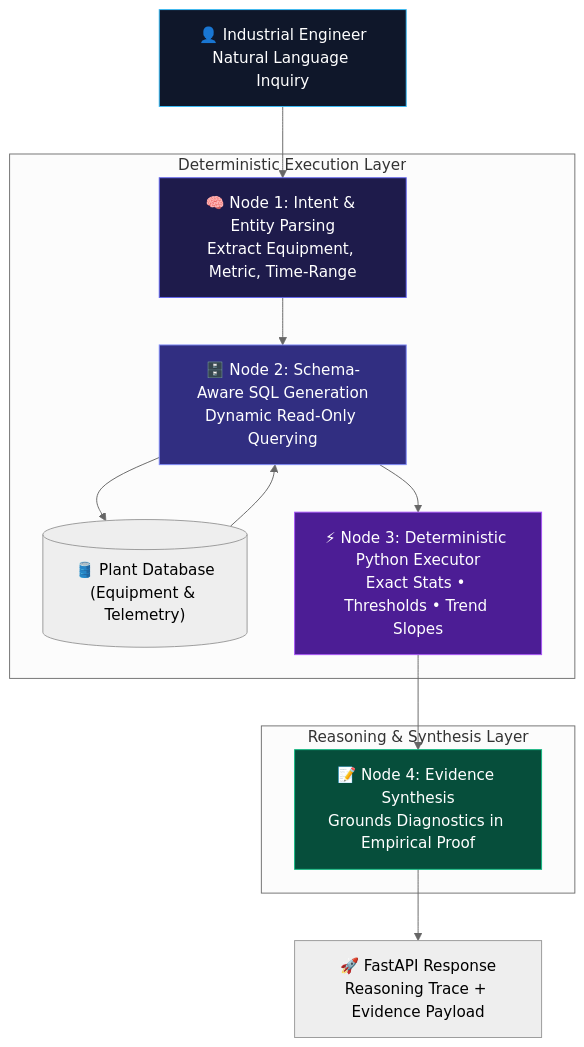
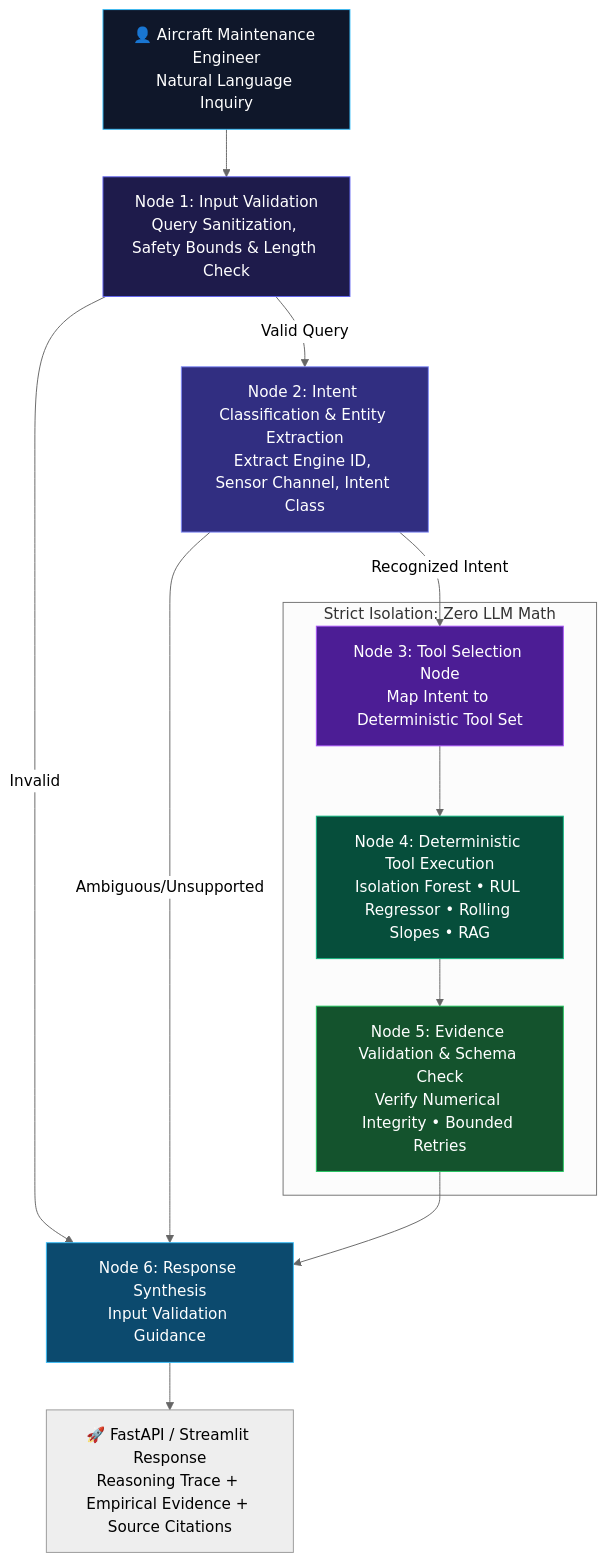
The diagram in README.md (B-LIPIKA/Industrial-AI-Agent-Platform), drawn with Mermaid (neutral theme) before and after one commit. The commit also changed other lines of this file and 39 other files, not shown here.

Commit message:
feat: upgrade to EngineMind AI with LangGraph, RUL prognostics, and RAG

````diff
--- a/README.md
+++ b/README.md
@@ -27,23 +33,26 @@
 ```mermaid
 flowchart TD
-    User["👤 Industrial Engineer<br/>Natural Language Inquiry"] --> Node1["🧠 Node 1: Intent & Entity Parsing<br/>Extract Equipment, Metric, Time-Range"]
+    User["👤 Aircraft Maintenance Engineer<br/>Natural Language Inquiry"] --> Node1["Node 1: Input Validation<br/>Query Sanitization, Safety Bounds & Length Check"]
     
-    subgraph Deterministic Execution Layer
-        Node1 --> Node2["🗄️ Node 2: Schema-Aware SQL Generation<br/>Dynamic Read-Only Querying"]
-        Node2 --> DB[("🛢️ Plant Database<br/>(Equipment & Telemetry)")]
-        DB --> Node2
-        Node2 --> Node3["⚡ Node 3: Deterministic Python Executor<br/>Exact Stats • Thresholds • Trend Slopes"]
+    Node1 -->|Valid Query| Node2["Node 2: Intent Classification & Entity Extraction<br/>Extract Engine ID, Sensor Channel, Intent Class"]
+    Node1 -->|Invalid| Node6["Node 6: Response Synthesis<br/>Input Validation Guidance"]
+
+    Node2 -->|Recognized Intent| Node3["Node 3: Tool Selection Node<br/>Map Intent to Deterministic Tool Set"]
+    Node2 -->|Ambiguous/Unsupported| Node6
+
+    subgraph Deterministic Execution Layer [Strict Isolation: Zero LLM Math]
+        Node3 --> Node4["Node 4: Deterministic Tool Execution<br/>Isolation Forest • RUL Regressor • Rolling Slopes • RAG"]
+        Node4 --> Node5["Node 5: Evidence Validation & Schema Check<br/>Verify Numerical Integrity • Bounded Retries"]
     end
 
-    subgraph Reasoning & Synthesis Layer
-        Node3 --> Node4["📝 Node 4: Evidence Synthesis<br/>Grounds Diagnostics in Empirical Proof"]
-    end
-
-    Node4 --> API["🚀 FastAPI Response<br/>Reasoning Trace + Evidence Payload"]
+    Node5 --> Node6
+    Node6 --> API["🚀 FastAPI / Streamlit Response<br/>Reasoning Trace + Empirical Evidence + Source Citations"]
 
     style User fill:#0f172a,stroke:#38bdf8,color:#fff
     style Node1 fill:#1e1b4b,stroke:#6366f1,color:#fff
     style Node2 fill:#312e81,stroke:#818cf8,color:#fff
     style Node3 fill:#4c1d95,stroke:#a855f7,color:#fff
     style Node4 fill:#064e3b,stroke:#10b981,color:#fff
+    style Node5 fill:#14532d,stroke:#22c55e,color:#fff
+    style Node6 fill:#0c4a6e,stroke:#38bdf8,color:#fff
 ```
````
